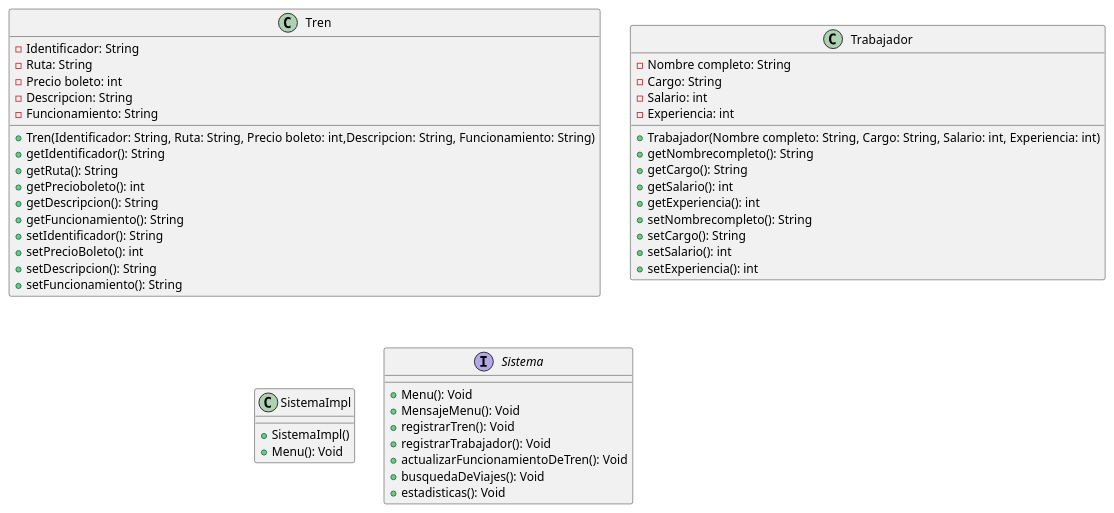
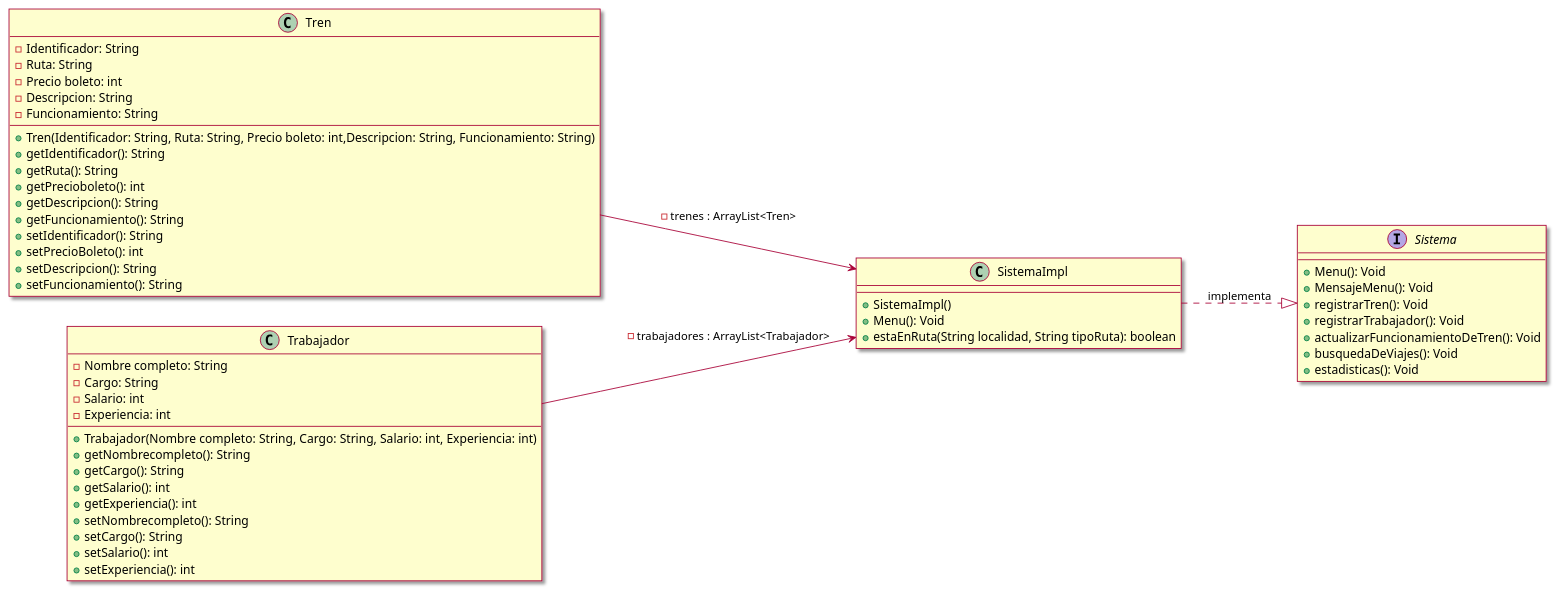
One commit to vidente130/Taller-N-2 changed the diagram in src/Taller N2.puml. Above: the diagram before and after it, drawn with PlantUML. The commit also changed 1 other file, not shown here.

Commit message:
dominio creado y  diagrama de clases  completado

```diff
--- a/src/Taller N2.puml
+++ b/src/Taller N2.puml
@@ -1,55 +1,62 @@
 @startuml
+skin rose
+
+left to right direction
+
 class Tren{
 
 - Identificador: String
 - Ruta: String
 - Precio boleto: int
 - Descripcion: String
 - Funcionamiento: String
 + Tren(Identificador: String, Ruta: String, Precio boleto: int,Descripcion: String, Funcionamiento: String)
 + getIdentificador(): String
 + getRuta(): String
 + getPrecioboleto(): int
 + getDescripcion(): String
 + getFuncionamiento(): String
 + setIdentificador(): String
 + setPrecioBoleto(): int
 + setDescripcion(): String
 + setFuncionamiento(): String
 }
 
 class Trabajador{
 
 - Nombre completo: String
 - Cargo: String
 - Salario: int
 - Experiencia: int
 + Trabajador(Nombre completo: String, Cargo: String, Salario: int, Experiencia: int)
 + getNombrecompleto(): String
 + getCargo(): String
 + getSalario(): int
 + getExperiencia(): int
 + setNombrecompleto(): String
 + setCargo(): String
 + setSalario(): int
 + setExperiencia(): int
 
 }
 class SistemaImpl{
 
 + SistemaImpl()
 + Menu(): Void
++ estaEnRuta(String localidad, String tipoRuta): boolean
 }
 
 interface Sistema{
 + Menu(): Void
 + MensajeMenu(): Void
 + registrarTren(): Void
 + registrarTrabajador(): Void
 + actualizarFuncionamientoDeTren(): Void
 + busquedaDeViajes(): Void
 + estadisticas(): Void
 }
 
-
+SistemaImpl ..|> Sistema : implementa
+Trabajador --> SistemaImpl: -trabajadores : ArrayList<Trabajador>
+Tren --> SistemaImpl: -trenes : ArrayList<Tren>
 @enduml
```
